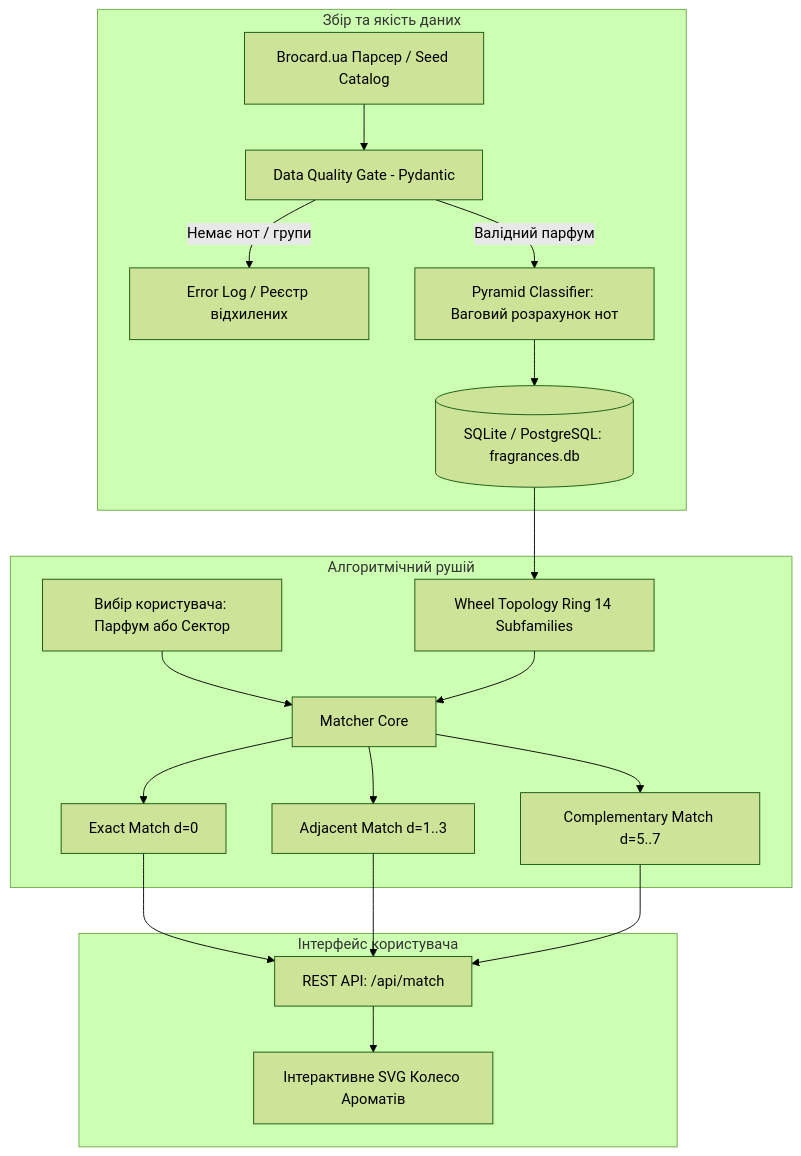
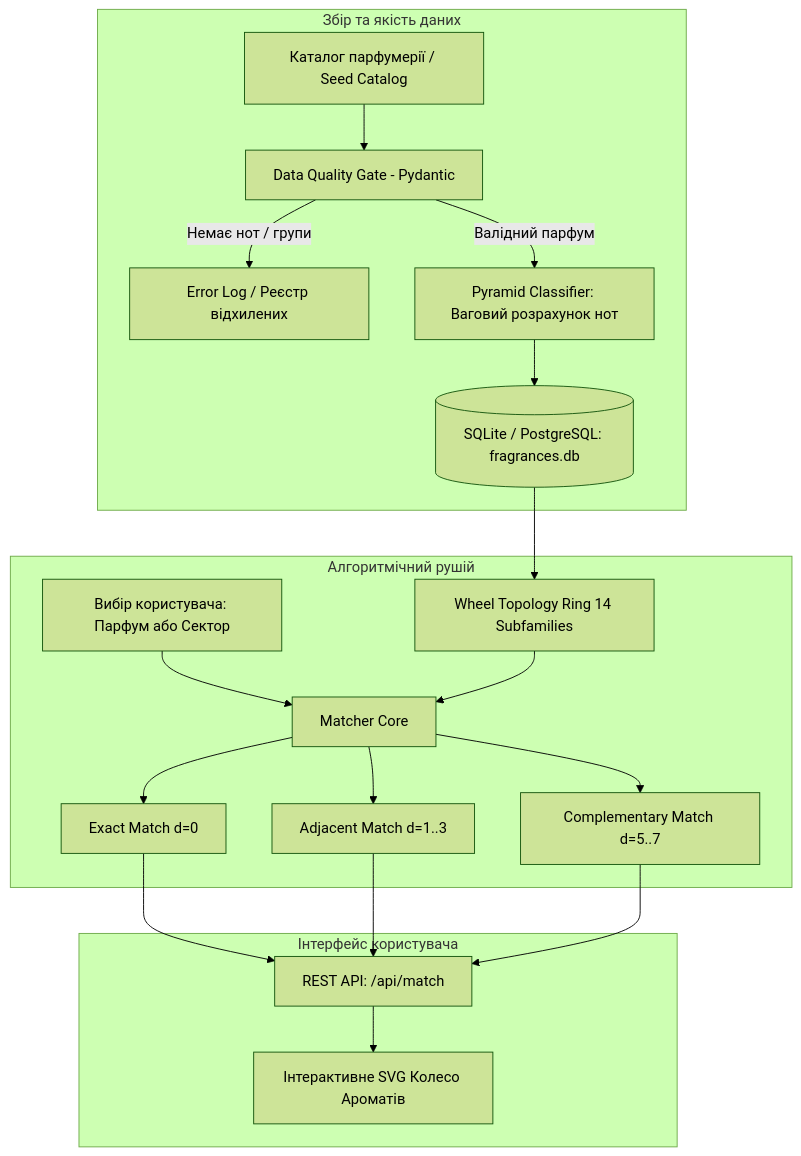
One commit to Homka13/fragrance-wheel-matcher changed the diagram in docs/BRD/BRD - Архітектура та бізнес-вимоги Fragrance Wheel Matcher.md. Above: the diagram before and after it, drawn with Mermaid (forest theme). The commit also changed other lines of this file and 20 other files, not shown here.

````diff
--- a/docs/BRD/BRD - Архітектура та бізнес-вимоги Fragrance Wheel Matcher.md
+++ b/docs/BRD/BRD - Архітектура та бізнес-вимоги Fragrance Wheel Matcher.md
@@ -66,23 +66,23 @@
 ```mermaid
 flowchart TD
     subgraph Data Layer [Збір та якість даних]
-        A[Brocard.ua Парсер / Seed Catalog] --> B[Data Quality Gate - Pydantic]
+        A[Каталог парфумерії / Seed Catalog] --> B[Data Quality Gate - Pydantic]
         B -->|Немає нот / групи| C[Error Log / Реєстр відхилених]
         B -->|Валідний парфум| D[Pyramid Classifier: Ваговий розрахунок нот]
         D --> E[(SQLite / PostgreSQL: fragrances.db)]
     end
 
     subgraph Recommendation Engine [Алгоритмічний рушій]
         E --> F[Wheel Topology Ring 14 Subfamilies]
         G[Вибір користувача: Парфум або Сектор] --> H[Matcher Core]
         F --> H
         H --> I[Exact Match d=0]
         H --> J[Adjacent Match d=1..3]
         H --> K[Complementary Match d=5..7]
     end
 
     subgraph Presentation [Інтерфейс користувача]
         I & J & K --> L[REST API: /api/match]
         L --> M[Інтерактивне SVG Колесо Ароматів]
     end
 ```
````
